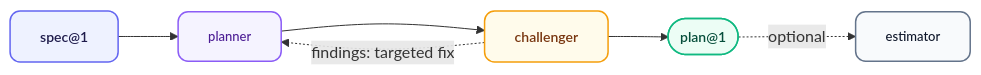
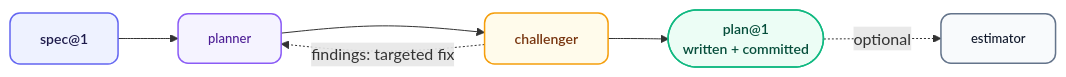
The diagram in plugins/navigator/README.md (orin-dx/agent-plugins), drawn with Mermaid before and after one commit. The commit also changed other lines of this file and 24 other files, not shown here.

````diff
--- a/plugins/navigator/README.md
+++ b/plugins/navigator/README.md
@@ -56,21 +58,22 @@
 ```mermaid
 %%{init: {'flowchart': {'curve': 'basis', 'nodeSpacing': 40, 'rankSpacing': 60}}}%%
 flowchart LR
     classDef source fill:#eef2ff,stroke:#6366f1,stroke-width:1.5px,color:#1e1b4b,rx:10,ry:10,font-size:14px,font-weight:600;
     classDef store fill:#f8fafc,stroke:#64748b,stroke-width:1.5px,color:#0f172a,rx:10,ry:10,font-size:13px,font-weight:500;
     classDef engine fill:#f5f3ff,stroke:#8b5cf6,stroke-width:1.5px,color:#4c1d95,rx:10,ry:10,font-size:13px,font-weight:500;
     classDef router fill:#fffbeb,stroke:#f59e0b,stroke-width:1.5px,color:#78350f,rx:10,ry:10,font-size:14px,font-weight:600;
     classDef output fill:#ecfdf5,stroke:#10b981,stroke-width:1.5px,color:#064e3b,rx:10,ry:10,font-size:14px,font-weight:600;
 
     Spec["spec@1"] --> Planner[planner]
     Planner --> Challenger[challenger]
     Challenger -.->|"findings: targeted fix"| Planner
-    Challenger --> Plan(["plan@1"])
+    Challenger --> Plan(["plan@1
+    written + committed"])
     Plan -.->|optional| Estimator[estimator]
 
     class Spec source
     class Planner engine
     class Challenger router
     class Plan output
     class Estimator store
 ```
````
